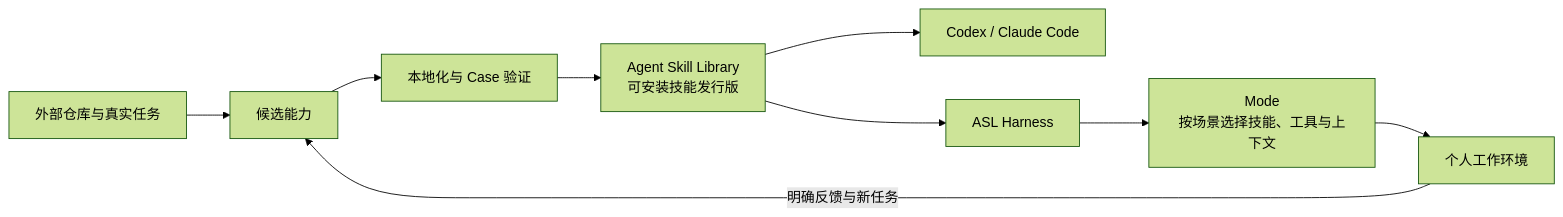
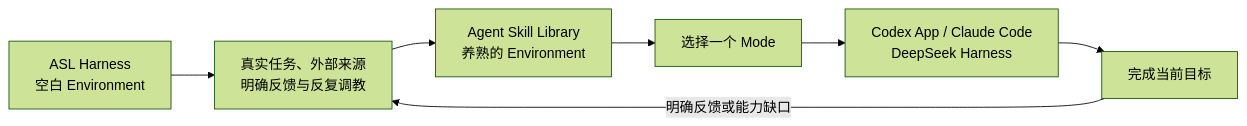
One commit to qihangzhang-272/agent-skill-library changed the first of 2 diagrams in README.md. Above: the diagram before and after it, drawn with Mermaid (forest theme). The commit also changed other lines of this file, not shown here.

Commit message:
2026-08-30 11:08｜重写 README 并明确 Mode 隔离与能力培养架构

````diff
--- a/README.md
+++ b/README.md
@@ -64,11 +31,9 @@
 ```mermaid
 flowchart LR
-    A[外部仓库与真实任务] --> B[候选能力]
-    B --> C[本地化与 Case 验证]
-    C --> D[Agent Skill Library<br/>可安装技能发行版]
-    D --> E[Codex / Claude Code]
-    D --> F[ASL Harness]
-    F --> G[Mode<br/>按场景选择技能、工具与上下文]
-    G --> H[个人工作环境]
-    H -->|明确反馈与新任务| B
+    BLANK["ASL Harness<br/>空白 Environment"] --> CULTIVATE["真实任务、外部来源<br/>明确反馈与反复调教"]
+    CULTIVATE --> LIBRARY["Agent Skill Library<br/>养熟的 Environment"]
+    LIBRARY --> MODE["选择一个 Mode"]
+    MODE --> HOST["Codex App / Claude Code<br/>DeepSeek Harness"]
+    HOST --> RESULT["完成当前目标"]
+    RESULT -->|明确反馈或能力缺口| CULTIVATE
 ```
````
